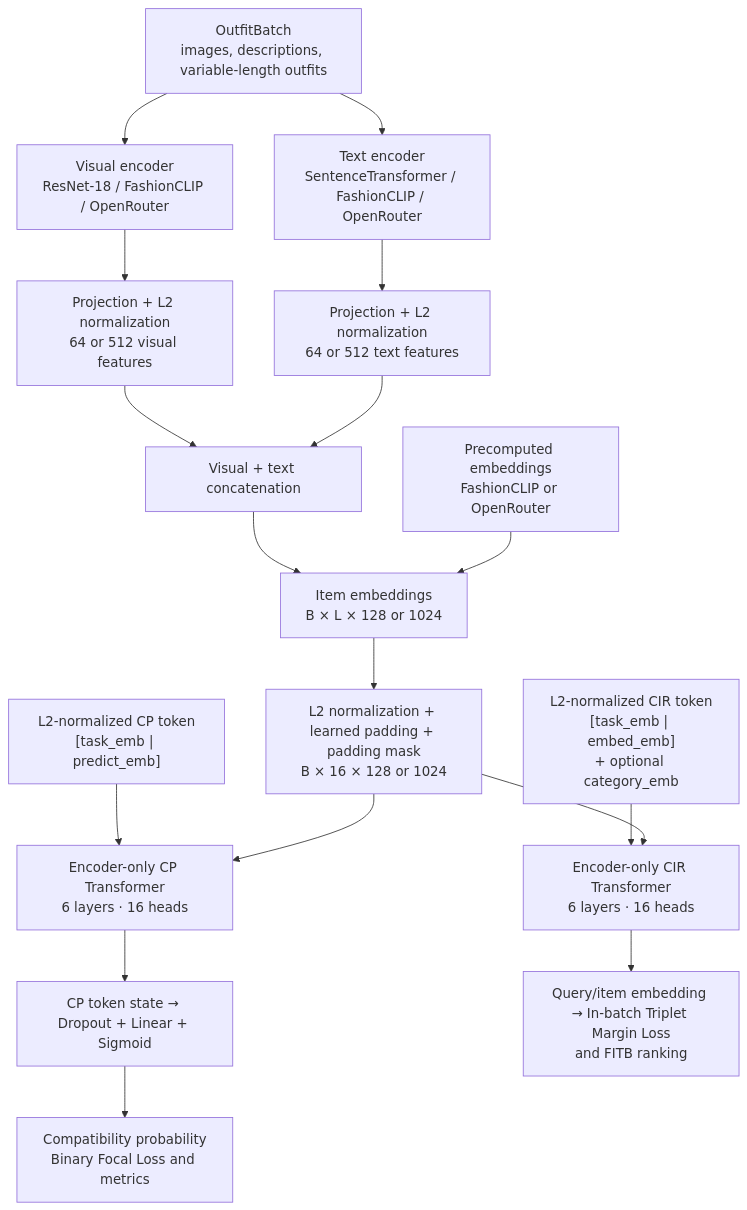
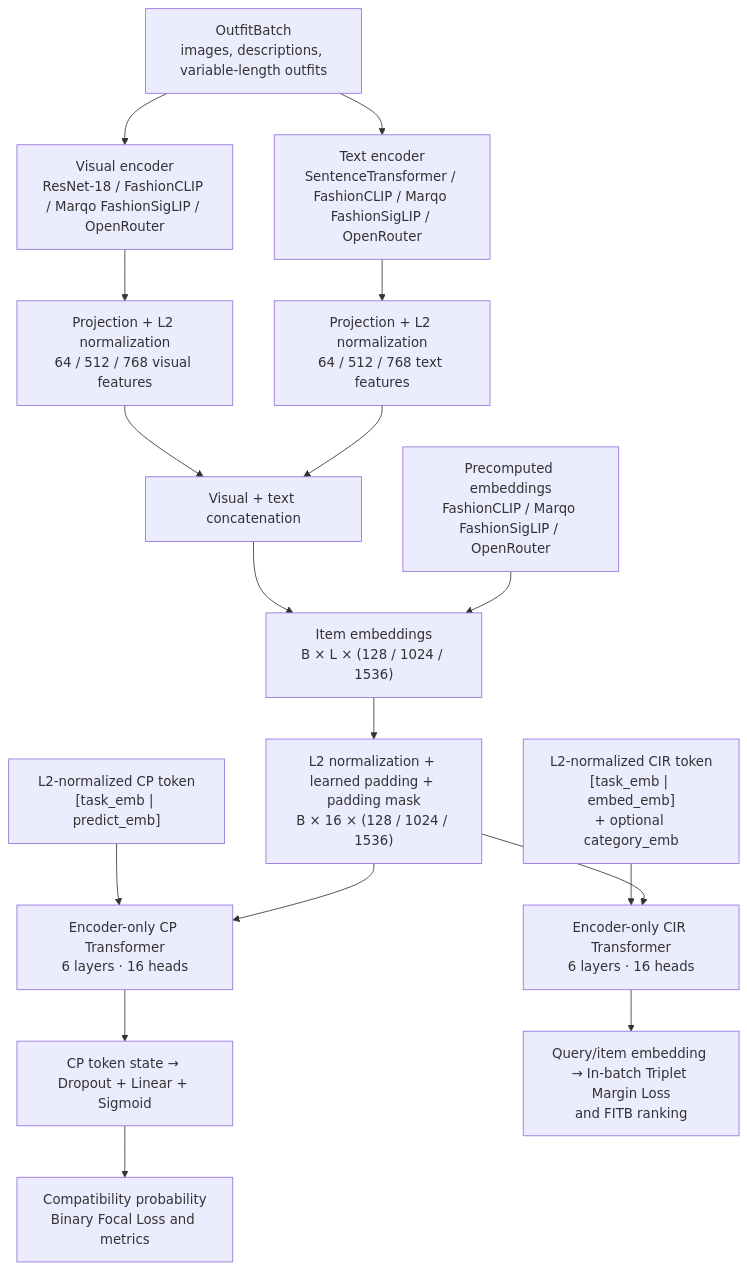
Before and after one commit to FlorindoDev/OutfitTransformer: the first of 2 diagrams in README.md, drawn with Mermaid. The commit also changed other lines of this file and 26 other files, not shown here.

First line of the commit message:
feat: aggiungi Marqo FashionSigLIP e precompute

````diff
--- a/README.md
+++ b/README.md
@@ -82,26 +86,26 @@
 ```mermaid
 flowchart TD
     A["OutfitBatch<br/>images, descriptions, variable-length outfits"]
 
-    A --> B["Visual encoder<br/>ResNet-18 / FashionCLIP / OpenRouter"]
-    A --> C["Text encoder<br/>SentenceTransformer / FashionCLIP / OpenRouter"]
+    A --> B["Visual encoder<br/>ResNet-18 / FashionCLIP / Marqo FashionSigLIP / OpenRouter"]
+    A --> C["Text encoder<br/>SentenceTransformer / FashionCLIP / Marqo FashionSigLIP / OpenRouter"]
 
-    B --> D["Projection + L2 normalization<br/>64 or 512 visual features"]
-    C --> E["Projection + L2 normalization<br/>64 or 512 text features"]
+    B --> D["Projection + L2 normalization<br/>64 / 512 / 768 visual features"]
+    C --> E["Projection + L2 normalization<br/>64 / 512 / 768 text features"]
 
     D --> F["Visual + text concatenation"]
     E --> F
 
-    F --> G["Item embeddings<br/>B × L × 128 or 1024"]
-    P["Precomputed embeddings<br/>FashionCLIP or OpenRouter"] --> G
-    G --> H["L2 normalization + learned padding + padding mask<br/>B × 16 × 128 or 1024"]
+    F --> G["Item embeddings<br/>B × L × (128 / 1024 / 1536)"]
+    P["Precomputed embeddings<br/>FashionCLIP / Marqo FashionSigLIP / OpenRouter"] --> G
+    G --> H["L2 normalization + learned padding + padding mask<br/>B × 16 × (128 / 1024 / 1536)"]
 
     K["L2-normalized CP token<br/>[task_emb | predict_emb]"] --> L["Encoder-only CP Transformer<br/>6 layers · 16 heads"]
     H --> L
     L --> M["CP token state → Dropout + Linear + Sigmoid"]
     M --> N["Compatibility probability<br/>Binary Focal Loss and metrics"]
 
     O["L2-normalized CIR token<br/>[task_emb | embed_emb]<br/>+ optional category_emb"] --> Q["Encoder-only CIR Transformer<br/>6 layers · 16 heads"]
     H --> Q
     Q --> R["Query/item embedding → In-batch Triplet Margin Loss<br/>and FITB ranking"]
 ```
````
